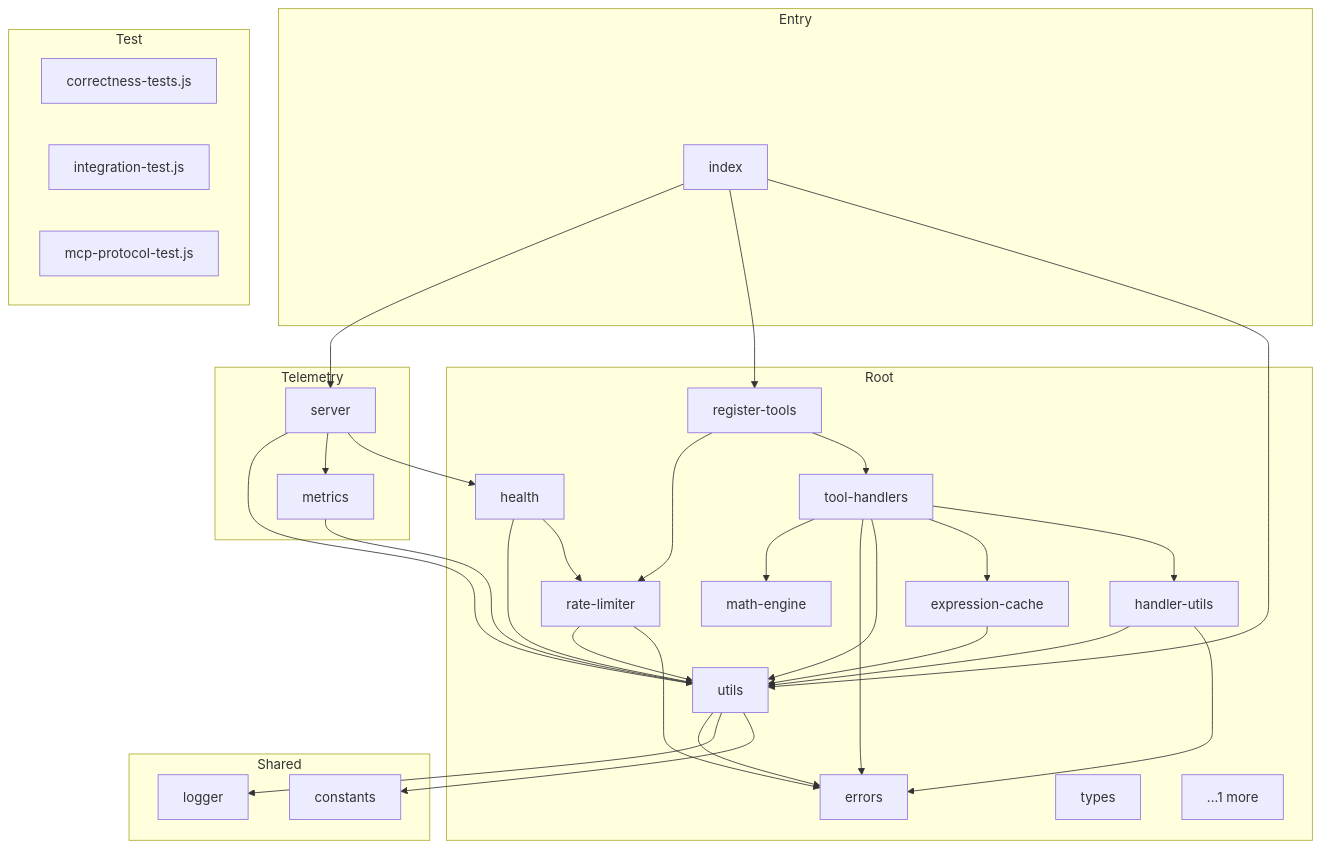
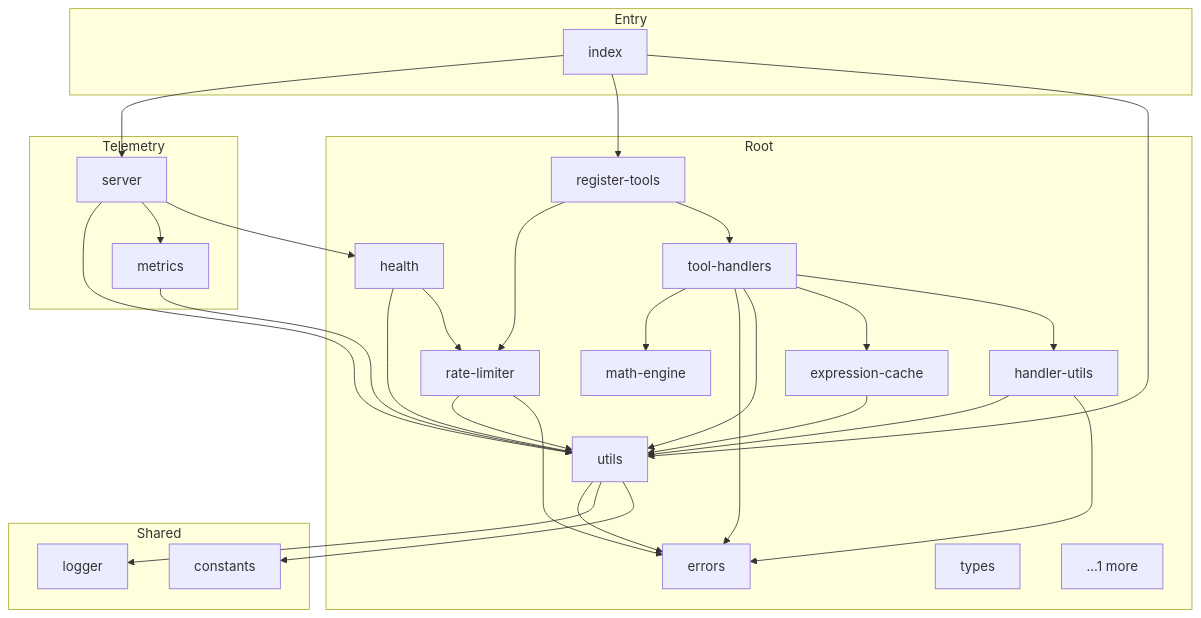
The diagram in docs/architecture/DEPENDENCY_GRAPH.md (danielsimonjr/math-mcp), drawn with Mermaid before and after one commit. The commit also changed other lines of this file and 16 other files, not shown here.

First line of the commit message:
docs(architecture): state 1 orphan, as repo-tools 2.2.7 and later report (#115)

````diff
--- a/docs/architecture/DEPENDENCY_GRAPH.md
+++ b/docs/architecture/DEPENDENCY_GRAPH.md
@@ -359,61 +332,55 @@
 ```mermaid
 graph TD
     subgraph Root
         N0[errors]
         N1[expression-cache]
         N2[handler-utils]
         N3[health]
         N4[math-engine]
         N5[rate-limiter]
         N6[register-tools]
         N7[tool-handlers]
         N8[types]
         N9[utils]
         N10[...1 more]
     end
 
     subgraph Entry
         N11[index]
     end
 
     subgraph Shared
         N12[constants]
         N13[logger]
     end
 
     subgraph Telemetry
         N14[metrics]
         N15[server]
     end
 
-    subgraph Test
-        N16[correctness-tests.js]
-        N17[integration-test.js]
-        N18[mcp-protocol-test.js]
-    end
-
     N1 --> N9
     N2 --> N9
     N2 --> N0
     N3 --> N9
     N3 --> N5
     N11 --> N15
     N11 --> N6
     N11 --> N9
     N5 --> N9
     N5 --> N0
     N6 --> N5
     N6 --> N7
     N14 --> N9
     N15 --> N9
     N15 --> N14
     N15 --> N3
     N7 --> N4
     N7 --> N0
     N7 --> N9
     N7 --> N1
     N7 --> N2
     N9 --> N0
     N9 --> N13
     N9 --> N12
 ```
````
